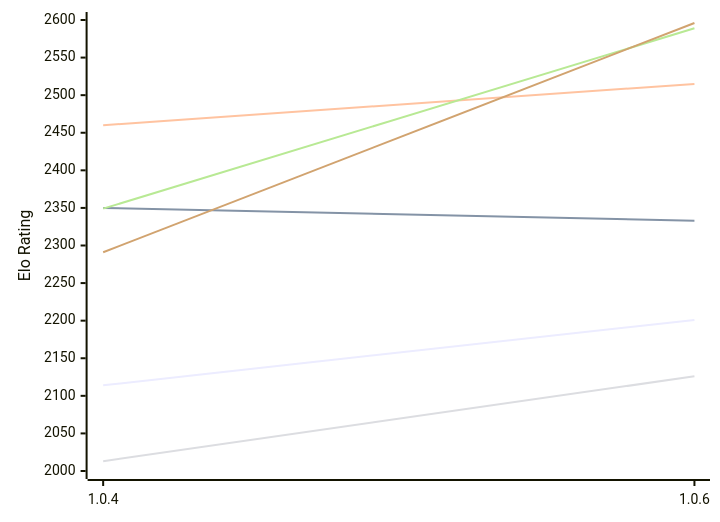
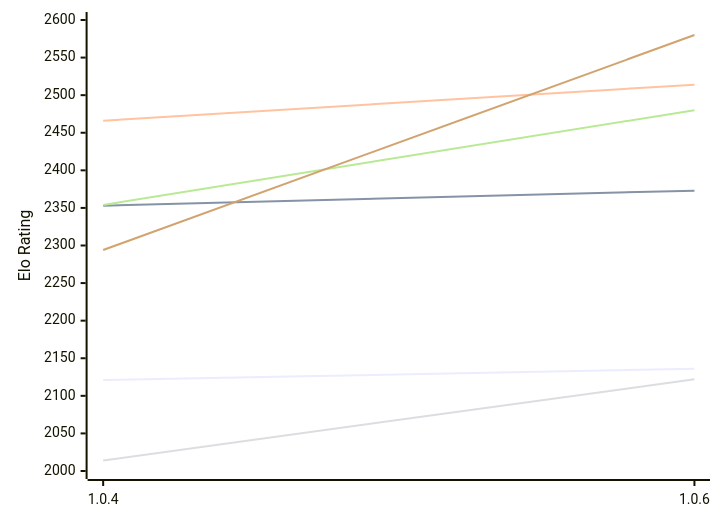
One commit to computer-chess-index/cci changed the diagram in engines/Ankax.md. Above: the diagram before and after it, drawn with Mermaid. The commit also changed other lines of this file, not shown here.

Commit message:
Update CCI Ratings (ELO VLTC) - 2026-11-16

````diff
--- a/engines/Ankax.md
+++ b/engines/Ankax.md
@@ -49,12 +49,12 @@
 ```mermaid
 %%{init: {"theme":"base","themeVariables":{"seriesColors:['#a3a3a3','#222221','#faa371']}}}%%
 xychart-beta
   x-axis ["1.0.4", "1.0.6"]
   y-axis "Elo Rating" 2000 --> 2600
-  line "E1: STC (8.0+0.08s)" [2114, 2201]
-  line "E1: LTC (60.0+0.60s)" [2350, 2333]
-  line "E1: VLTC (2m24s+1.12s)" [2460, 2515]
-  line "P1: STC (8.0+0.08s)" [2013, 2126]
-  line "P1: LTC (60.0+0.60s)" [2349, 2589]
-  line "P1: VLTC (2m24s+1.12s)" [2291, 2596]
+  line "E1: STC (8.0+0.08s)" [2121, 2136]
+  line "E1: LTC (60.0+0.60s)" [2353, 2373]
+  line "E1: VLTC (2m24s+1.12s)" [2466, 2514]
+  line "P1: STC (8.0+0.08s)" [2014, 2122]
+  line "P1: LTC (60.0+0.60s)" [2354, 2480]
+  line "P1: VLTC (2m24s+1.12s)" [2294, 2580]
 ```
````
